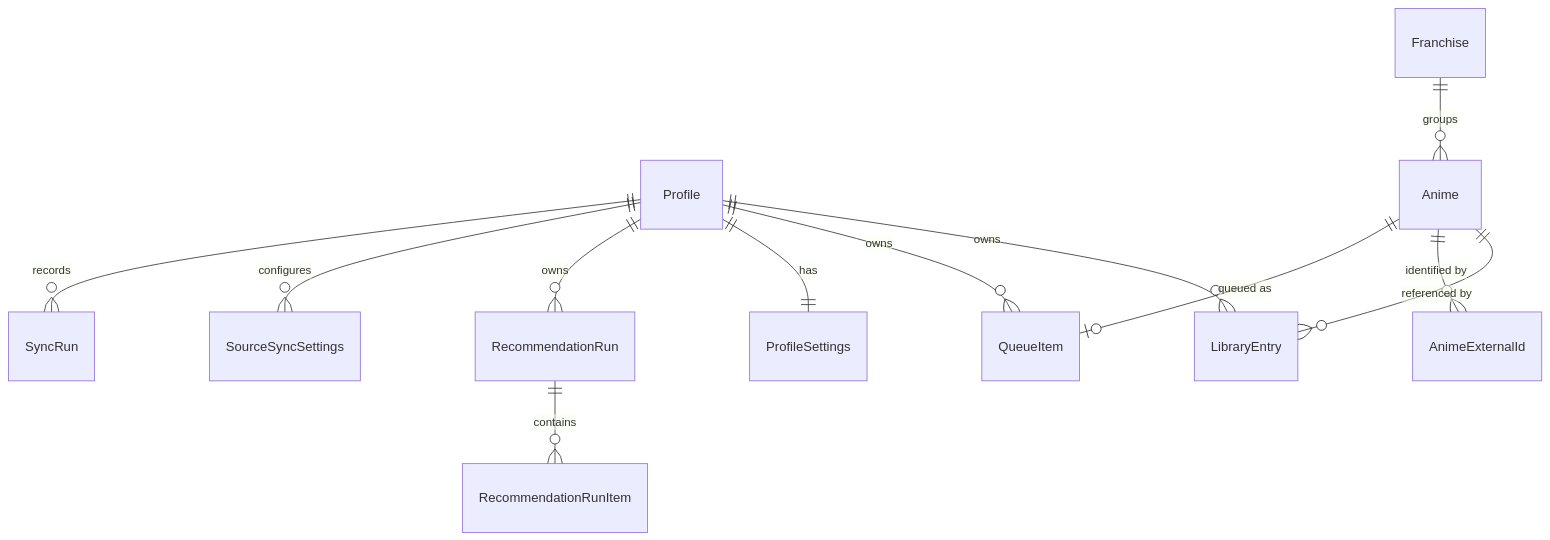
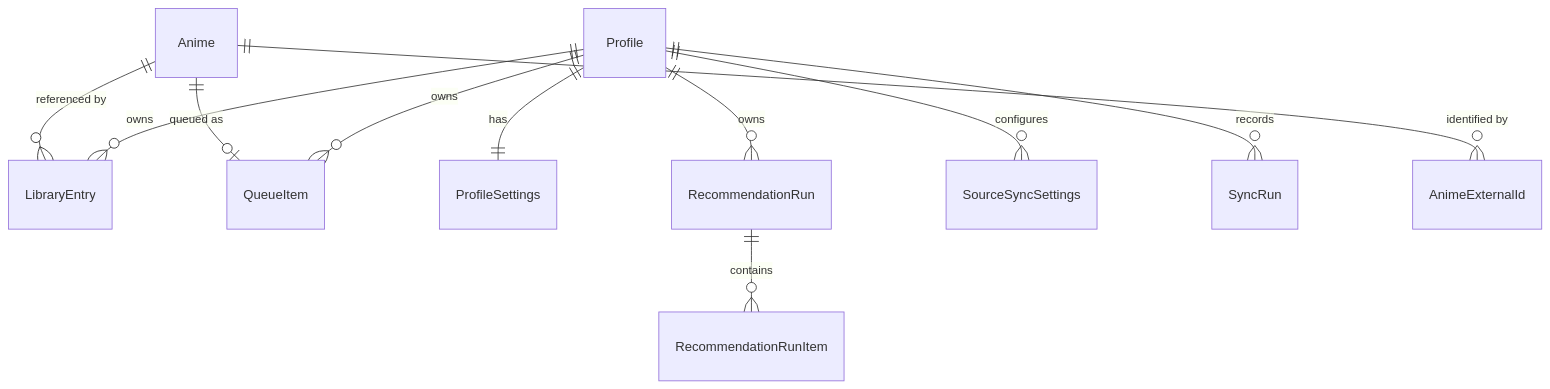
One commit to carlocgc/AniQueue changed the diagram in docs/ROADMAP.md. Above: the diagram before and after it, drawn with Mermaid. The commit also changed other lines of this file and 1 other file, not shown here.

````diff
--- a/docs/ROADMAP.md
+++ b/docs/ROADMAP.md
@@ -929,14 +1132,13 @@
 ```mermaid
 erDiagram
     Profile ||--o{ LibraryEntry : owns
     Profile ||--o{ QueueItem : owns
     Profile ||--|| ProfileSettings : has
     Profile ||--o{ RecommendationRun : owns
     Profile ||--o{ SourceSyncSettings : configures
     Profile ||--o{ SyncRun : records
     Anime ||--o{ LibraryEntry : "referenced by"
     Anime ||--o{ AnimeExternalId : "identified by"
-    Franchise ||--o{ Anime : groups
     Anime ||--o| QueueItem : "queued as"
     RecommendationRun ||--o{ RecommendationRunItem : contains
 ```
````
